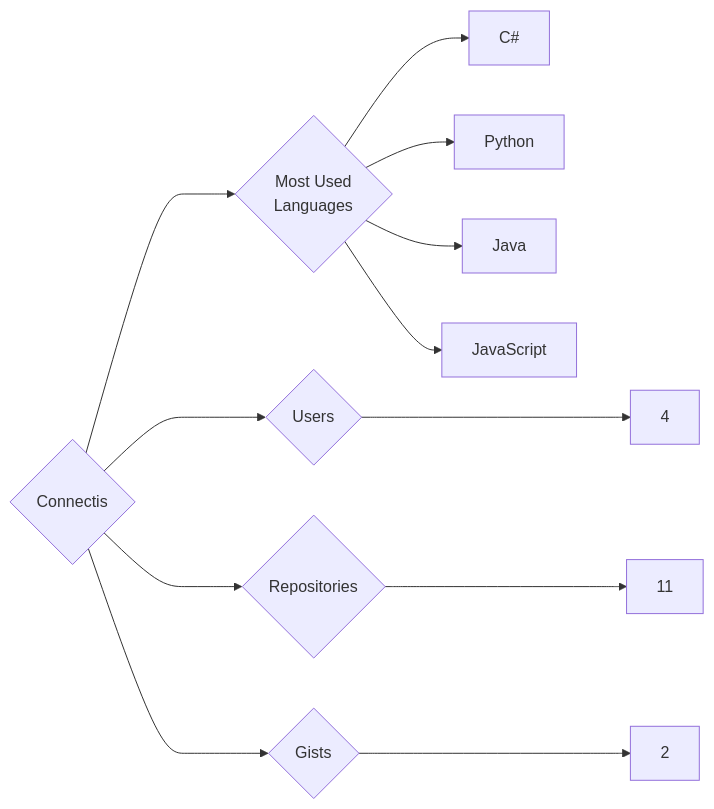
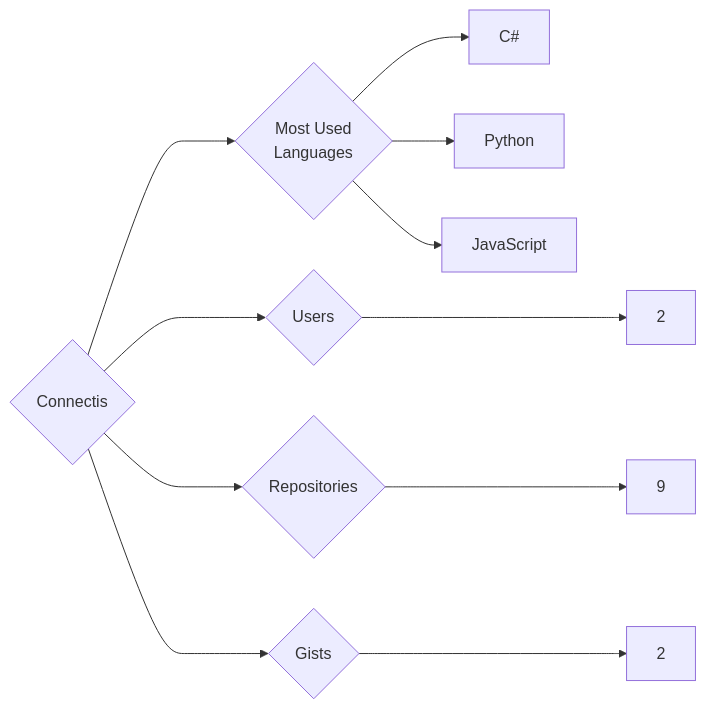
One commit to trickest/insiders changed the diagram in targets/Connectis/README.md. Above: the diagram before and after it, drawn with Mermaid. The commit also changed 988 other files, not shown here.

````diff
--- a/targets/Connectis/README.md
+++ b/targets/Connectis/README.md
@@ -3,12 +3,11 @@
 ```mermaid
 graph LR
 COMPANY_NAME{Connectis}
-COMPANY_NAME ---> U{Users} ---> UN[4]
-COMPANY_NAME ---> R{Repositories} ---> RN[11]
+COMPANY_NAME ---> U{Users} ---> UN[2]
+COMPANY_NAME ---> R{Repositories} ---> RN[9]
 COMPANY_NAME ---> G{Gists} ---> GN[2]
 COMPANY_NAME ---> ML{Most Used<br>Languages}
 ML --> C#[C#]
 ML --> Python[Python]
-ML --> Java[Java]
 ML --> JavaScript[JavaScript]
 ```
````
